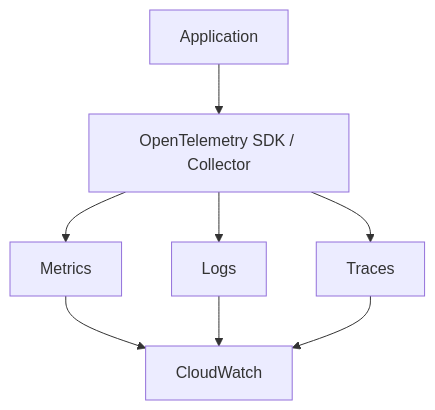
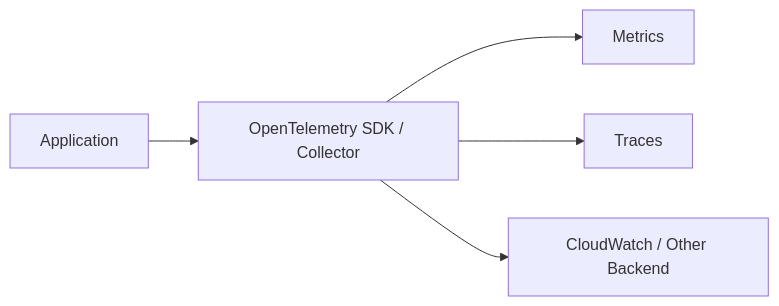
Before and after one commit to AvadhBhalodiya/Interview-Preparation: the second of 3 diagrams in src/content/devops/monitoring-logging.md, drawn with Mermaid. The commit also changed other lines of this file and 54 other files, not shown here.

````diff
--- a/src/content/devops/monitoring-logging.md
+++ b/src/content/devops/monitoring-logging.md
@@ -520,10 +370,7 @@
 ```mermaid
-flowchart TD
-    A[Application] --> OTEL["OpenTelemetry SDK / Collector"]
+flowchart LR
+    APP[Application] --> OTEL[OpenTelemetry SDK / Collector]
     OTEL --> M[Metrics]
-    OTEL --> L[Logs]
     OTEL --> T[Traces]
-    M --> CW[CloudWatch]
-    L --> CW
-    T --> CW
+    OTEL --> CW[CloudWatch / Other Backend]
 ```
````
